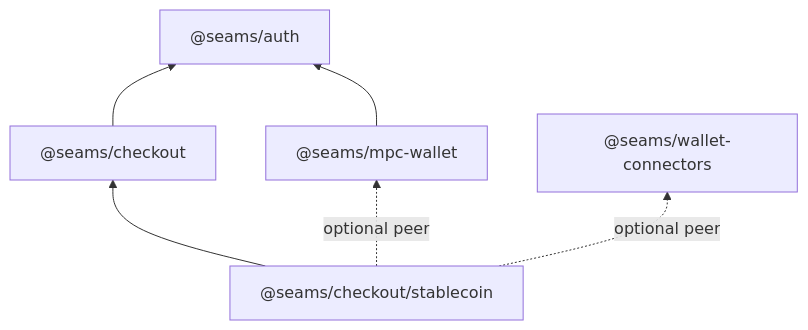
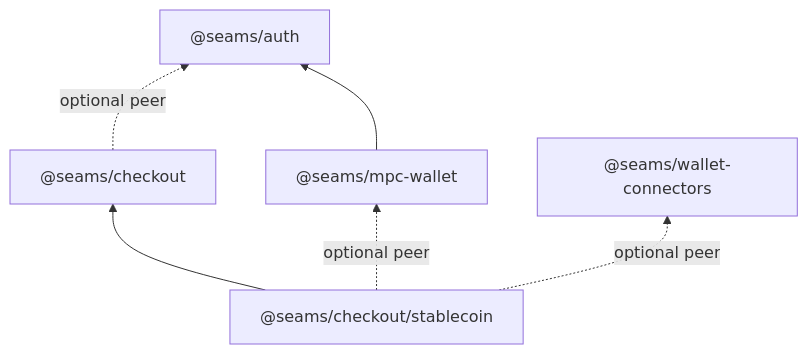
Before and after one commit to seams-tech/seams-wallet: the first of 4 diagrams in docs/refactor-250-seams-checkout.md, drawn with Mermaid. The commit also changed other lines of this file and 1 other file, not shown here.

First line of the commit message:
Plan: apply the architecture review to Refactors 250 and 251

````diff
--- a/docs/refactor-250-seams-checkout.md
+++ b/docs/refactor-250-seams-checkout.md
@@ -213,9 +254,9 @@
 ```mermaid
 flowchart BT
     Auth["@seams/auth"]
-    Checkout["@seams/checkout"] --> Auth
-    Plugin["@seams/checkout/stablecoin"] --> Checkout
-    Plugin -. optional peer .-> Wallet["@seams/mpc-wallet"]
-    Plugin -. optional peer .-> External["@seams/wallet-connectors"]
+    Checkout["@seams/checkout"] -. optional peer .-> Auth
+    Rail["@seams/checkout/stablecoin"] --> Checkout
+    Rail -. optional peer .-> Wallet["@seams/mpc-wallet"]
+    Rail -. optional peer .-> External["@seams/wallet-connectors"]
     Wallet --> Auth
 ```
````
